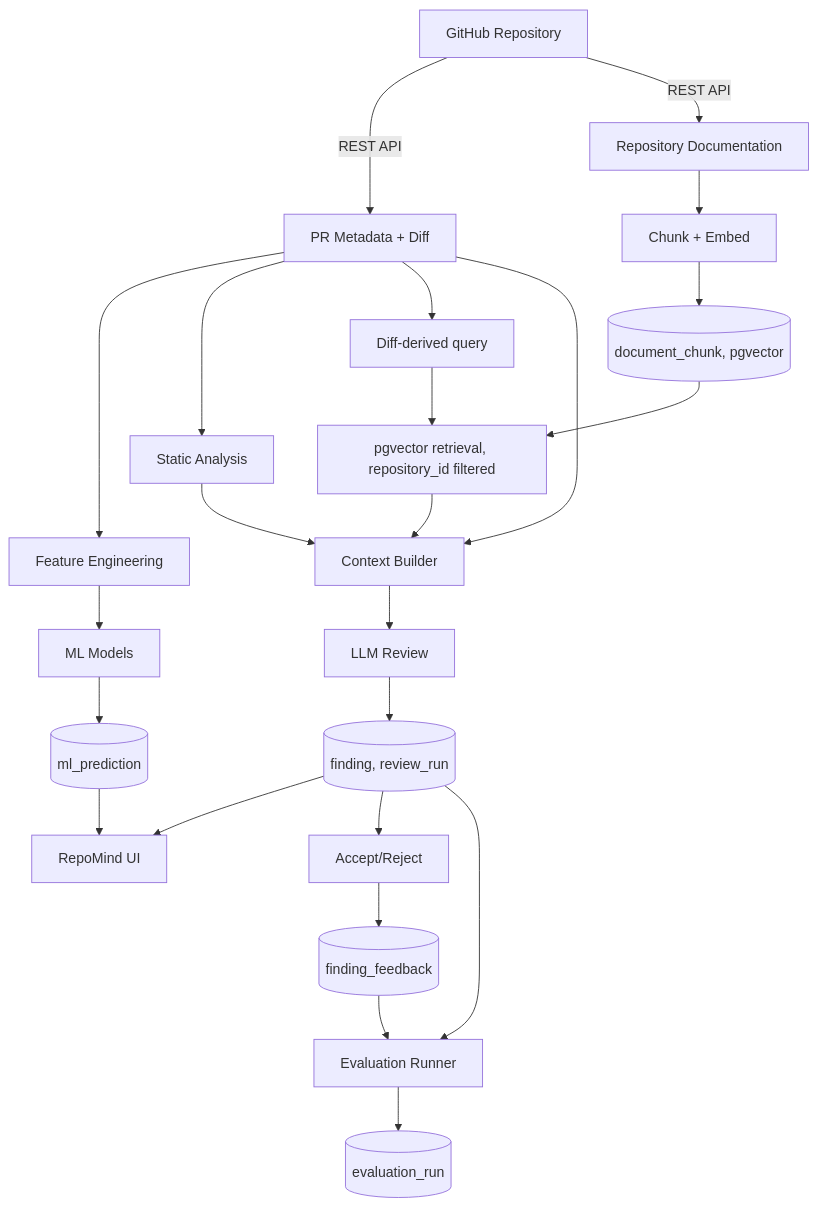
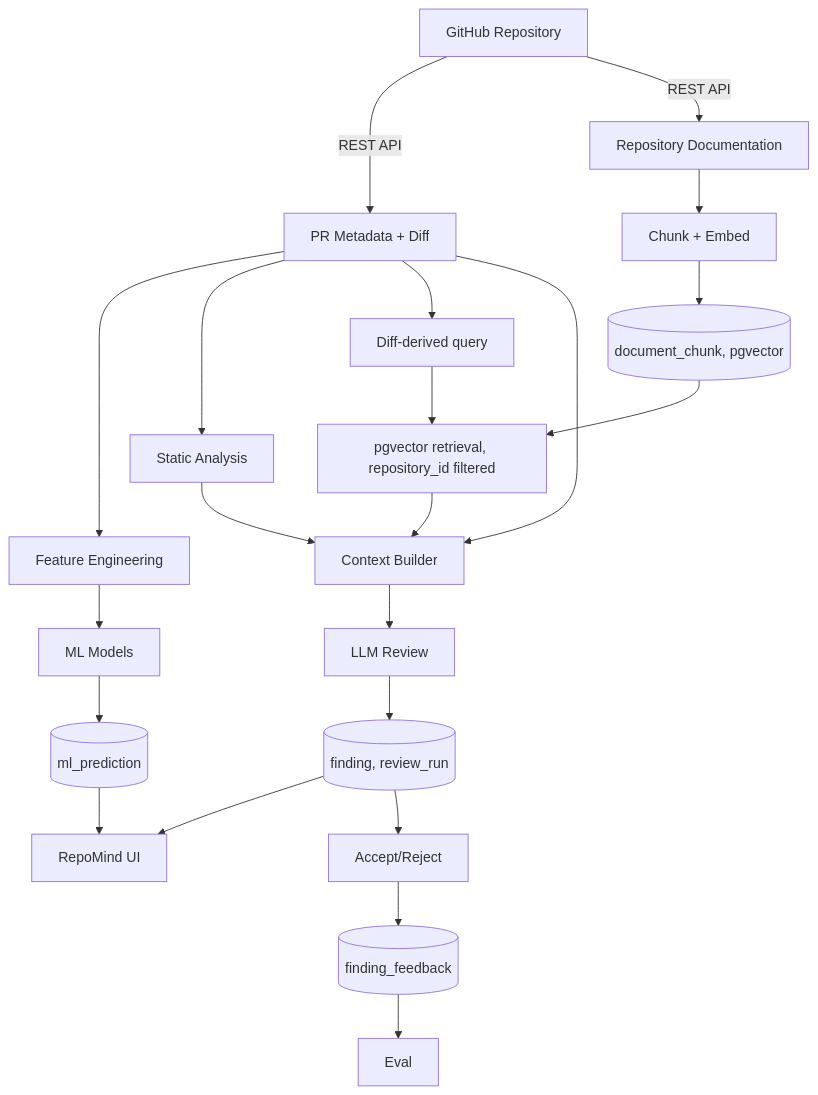
Before and after one commit to harshita20045/Repo-Mind-: the diagram in Docs/02-architecture/diagrams/data-flow.md, drawn with Mermaid. The commit also changed 46 other files, not shown here.

````diff
--- a/Docs/02-architecture/diagrams/data-flow.md
+++ b/Docs/02-architecture/diagrams/data-flow.md
@@ -5,26 +5,24 @@
 ```mermaid
 flowchart TB
     GH[GitHub Repository] -->|REST API| PR[PR Metadata + Diff]
     GH -->|REST API| Docs[Repository Documentation]
     Docs --> Chunk[Chunk + Embed]
     Chunk --> Store[(document_chunk, pgvector)]
     PR --> Feat[Feature Engineering]
     Feat --> MLModels[ML Models]
     MLModels --> MLPred[(ml_prediction)]
     PR --> Linter[Static Analysis]
     PR --> Query[Diff-derived query]
     Query --> Retrieve[pgvector retrieval, repository_id filtered]
     Store --> Retrieve
     Retrieve --> Context[Context Builder]
     Linter --> Context
     PR --> Context
     Context --> LLM[LLM Review]
     LLM --> Findings[(finding, review_run)]
     Findings --> UI[RepoMind UI]
     MLPred --> UI
     Findings --> Feedback[Accept/Reject]
     Feedback --> FeedbackStore[(finding_feedback)]
-    Findings --> Eval[Evaluation Runner]
     FeedbackStore --> Eval
-    Eval --> EvalStore[(evaluation_run)]
 ```
````
